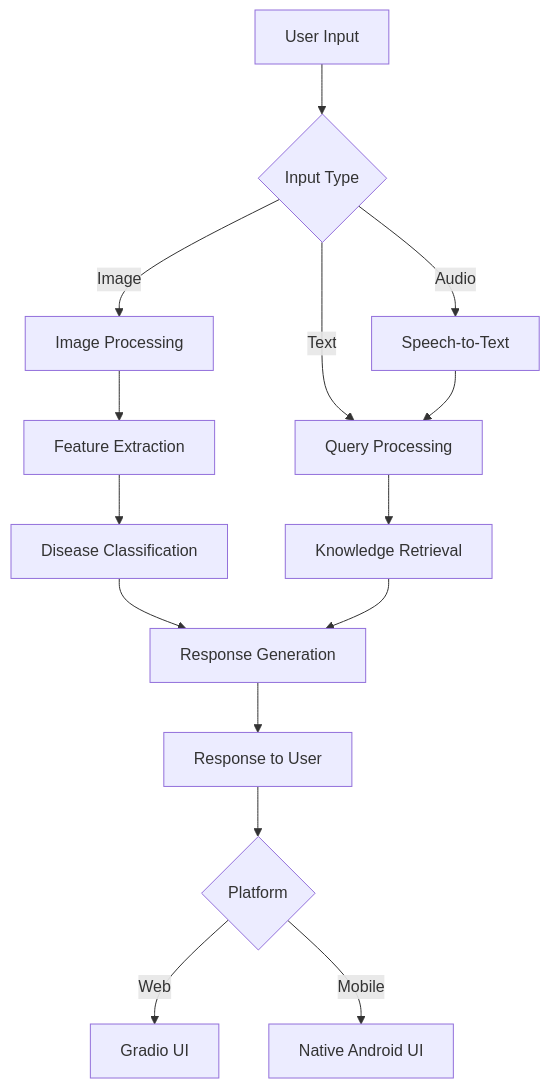
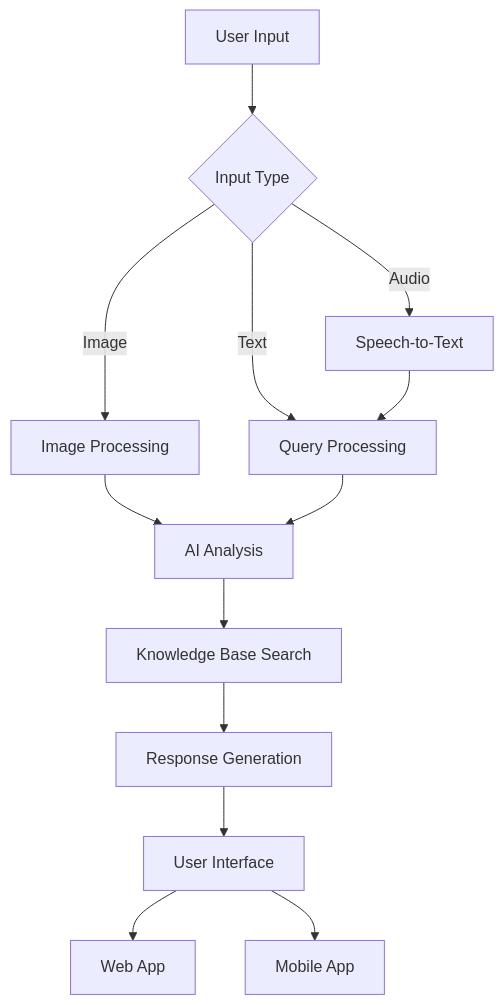
Before and after one commit to VIKAS9793/KrishiSahayak_Gemma: the diagram in README.md, drawn with Mermaid. The commit also changed other lines of this file and 43 other files, not shown here.

````diff
--- a/README.md
+++ b/README.md
@@ -49,17 +49,18 @@
 ```mermaid
 graph TD
     A[User Input] --> B{Input Type}
     B -->|Image| C[Image Processing]
     B -->|Audio| D[Speech-to-Text]
     B -->|Text| E[Query Processing]
-    C --> F[Feature Extraction]
+    
+    C --> F[AI Analysis]
     D --> E
-    F --> G[Disease Classification]
-    E --> H[Knowledge Retrieval]
-    G --> I[Response Generation]
-    H --> I
-    I --> J[Response to User]
-    J --> K{Platform}
-    K -->|Web| L[Gradio UI]
-    K -->|Mobile| N[Native Android UI]
+    E --> F
+    
+    F --> G[Knowledge Base Search]
+    G --> H[Response Generation]
+    H --> I[User Interface]
+    
+    I --> J[Web App]
+    I --> K[Mobile App]
 ```
````
